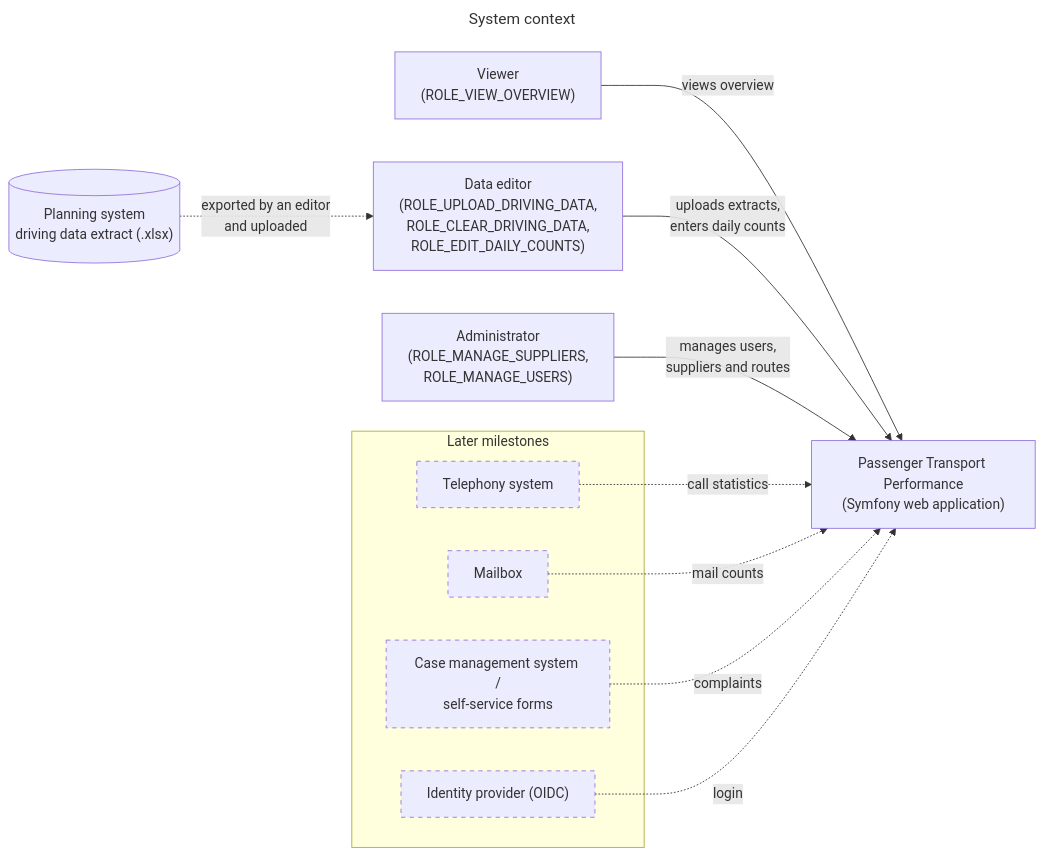
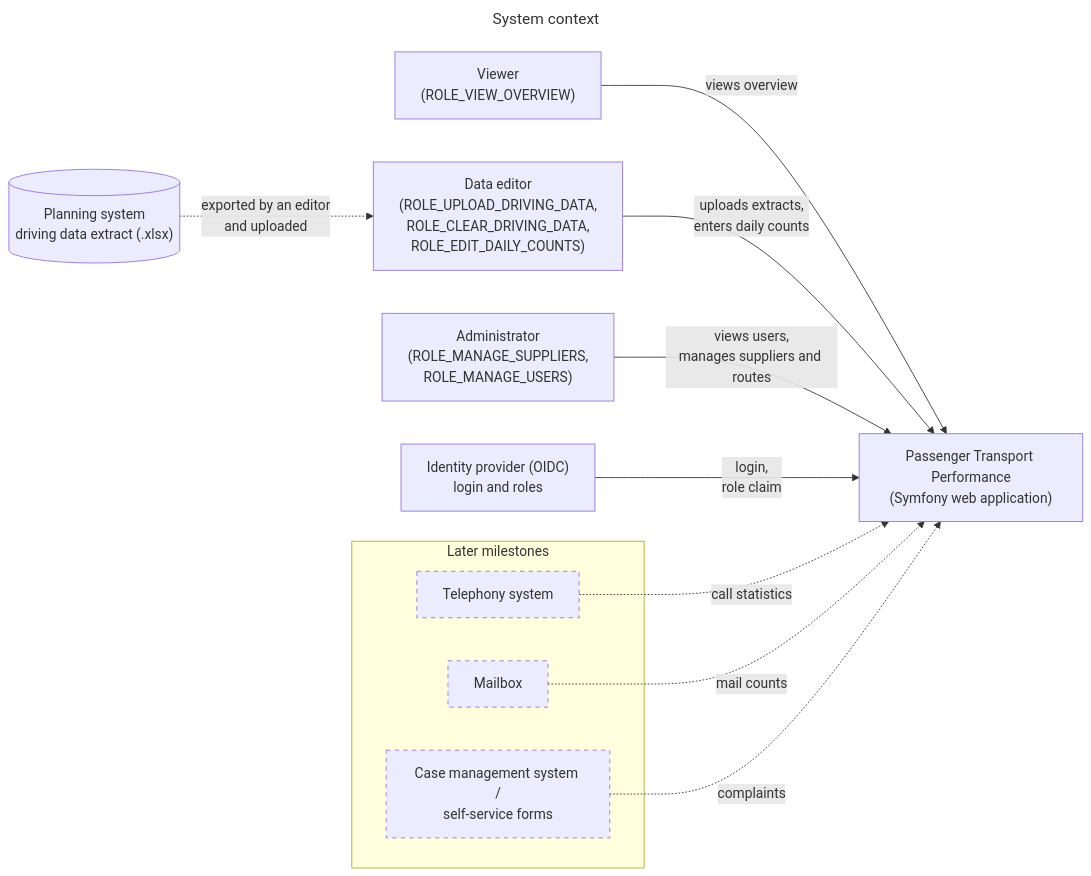
The diagram in docs/diagrams/context.mmd (itk-dev/koerselsoverblik), drawn with Mermaid before and after one commit. The commit also changed 21 other files, not shown here.

First line of the commit message:
docs: make OIDC the only login method

```diff
--- a/docs/diagrams/context.mmd
+++ b/docs/diagrams/context.mmd
@@ -1,31 +1,31 @@
 ---
 title: System context
 ---
 flowchart LR
     user["Viewer<br/>(ROLE_VIEW_OVERVIEW)"]
     editor["Data editor<br/>(ROLE_UPLOAD_DRIVING_DATA,<br/>ROLE_CLEAR_DRIVING_DATA,<br/>ROLE_EDIT_DAILY_COUNTS)"]
     admin["Administrator<br/>(ROLE_MANAGE_SUPPLIERS,<br/>ROLE_MANAGE_USERS)"]
 
     app["Passenger Transport Performance<br/>(Symfony web application)"]
 
     planning[("Planning system<br/>driving data extract (.xlsx)")]
+    idp["Identity provider (OIDC)<br/>login and roles"]
 
     subgraph later["Later milestones"]
         telephony["Telephony system"]
         mailbox["Mailbox"]
         cases["Case management system /<br/>self-service forms"]
-        idp["Identity provider (OIDC)"]
     end
 
     user -- "views overview" --> app
     editor -- "uploads extracts,<br/>enters daily counts" --> app
-    admin -- "manages users,<br/>suppliers and routes" --> app
+    admin -- "views users,<br/>manages suppliers and routes" --> app
     planning -. "exported by an editor<br/>and uploaded" .-> editor
+    idp -- "login,<br/>role claim" --> app
 
     telephony -. "call statistics" .-> app
     mailbox -. "mail counts" .-> app
     cases -. "complaints" .-> app
-    idp -. "login" .-> app
 
     classDef future stroke-dasharray: 5 5
-    class telephony,mailbox,cases,idp future
+    class telephony,mailbox,cases future
```
